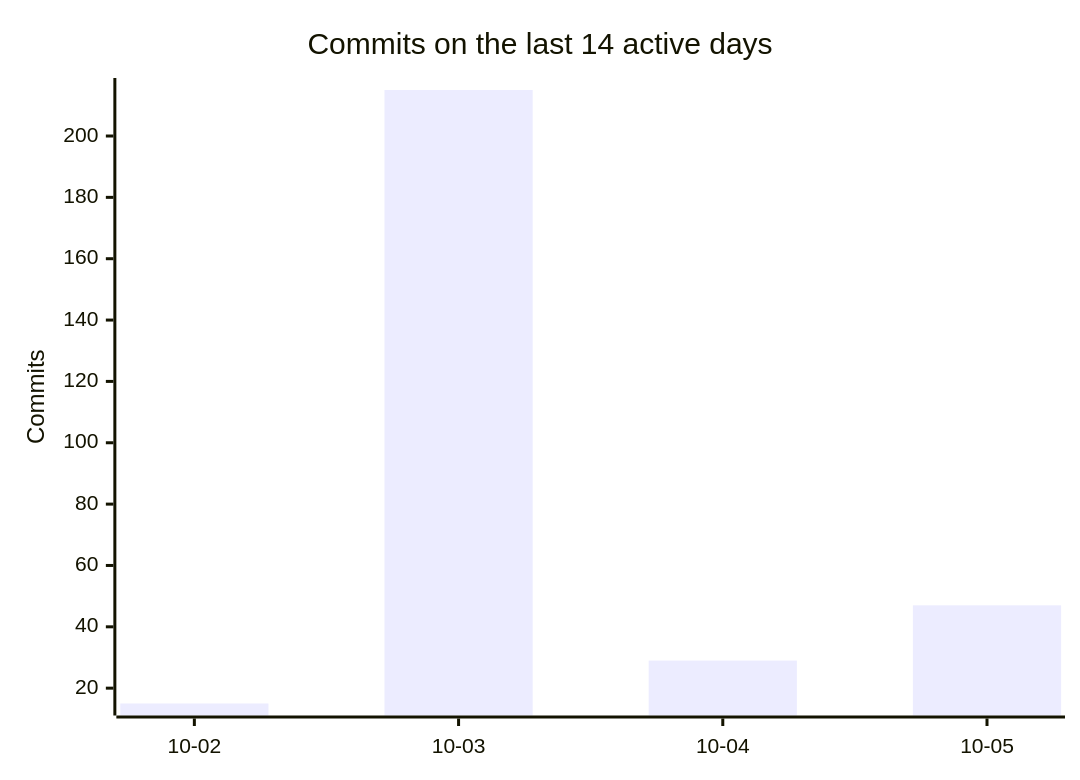
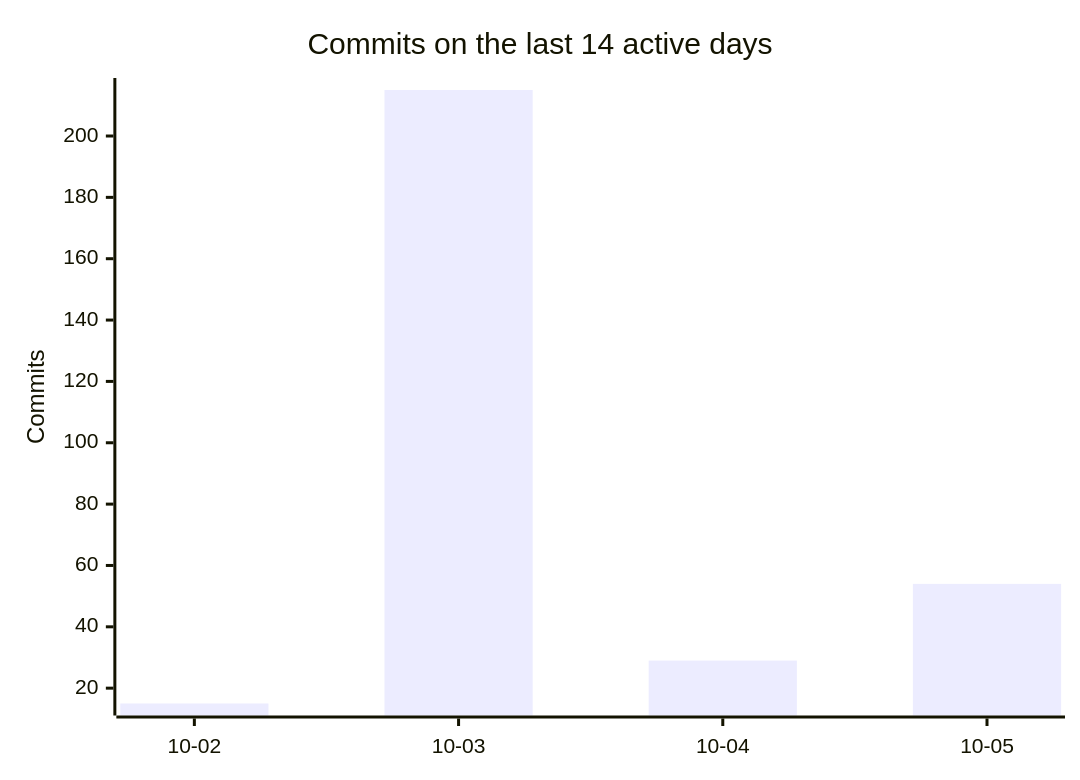
One commit to PflanzenDex/PflanzenDex changed the third of 3 diagrams in README.md. Above: the diagram before and after it, drawn with Mermaid. The commit also changed other lines of this file, not shown here.

````diff
--- a/README.md
+++ b/README.md
@@ -70,7 +70,7 @@
 ```mermaid
 xychart-beta
   title "Commits on the last 14 active days"
   x-axis ["10-02", "10-03", "10-04", "10-05"]
   y-axis "Commits"
-  bar [15, 215, 29, 47]
+  bar [15, 215, 29, 54]
 ```
````
